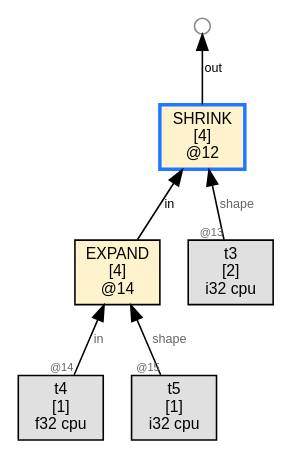
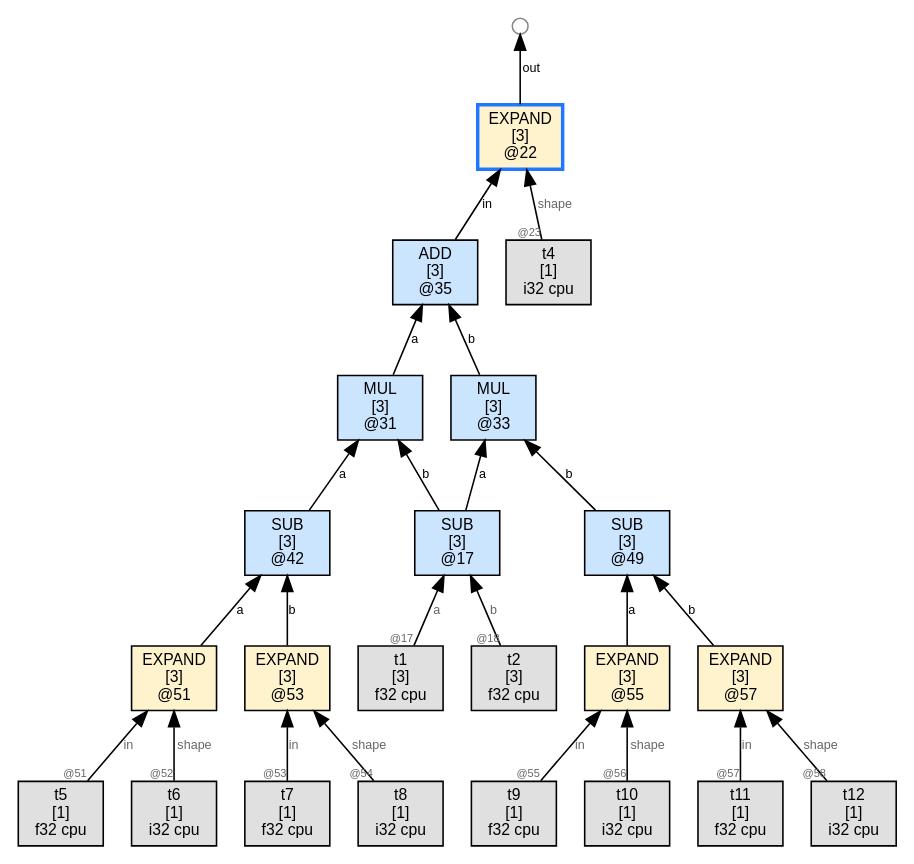
One commit to sw1sh/TinyHVM changed the diagram in wl/examples/thvm_graphs/grad_rules/gradu_poly/thvm_2_post_sweep.dot. Above: the diagram before and after it, drawn with Graphviz. The commit also changed 19 other files, not shown here.

First line of the commit message:
grad: EXPAND rule direct-emit — 105/105 e2e pass CPU+Metal

```diff
--- a/wl/examples/thvm_graphs/grad_rules/gradu_poly/thvm_2_post_sweep.dot
+++ b/wl/examples/thvm_graphs/grad_rules/gradu_poly/thvm_2_post_sweep.dot
@@ -1,17 +1,52 @@
 digraph G {
   rankdir=BT;
   node [fontname="Helvetica", fontsize=10, style=filled, shape=box, margin="0.1,0.05"];
   edge [fontsize=8, fontname="Helvetica"];
 
-  n12 [label="SHRINK\n[4]\n@12", shape=box, fillcolor="#fff3cd",color="#1f78ff",penwidth=2.2];
-  n14 -> n12 [label="in"];
-  t3 [label="t3\n[2]\ni32 cpu",shape=box,fillcolor="#e0e0e0"];
-  t3 -> n12 [label="shape",taillabel="@13",labelfontsize=7,fontcolor="#666666"];
-  free12_1000 [label="",shape=circle,width=0.14,height=0.14,fixedsize=true,fillcolor="#ffffff",color="#888888",fontsize=1];
-  n12 -> free12_1000 [label="out"];
-  n14 [label="EXPAND\n[4]\n@14", shape=box, fillcolor="#fff3cd"];
-  t4 [label="t4\n[1]\nf32 cpu",shape=box,fillcolor="#e0e0e0"];
-  t4 -> n14 [label="in",taillabel="@14",labelfontsize=7,fontcolor="#666666"];
-  t5 [label="t5\n[1]\ni32 cpu",shape=box,fillcolor="#e0e0e0"];
-  t5 -> n14 [label="shape",taillabel="@15",labelfontsize=7,fontcolor="#666666"];
+  n22 [label="EXPAND\n[3]\n@22", shape=box, fillcolor="#fff3cd",color="#1f78ff",penwidth=2.2];
+  n35 -> n22 [label="in"];
+  t4 [label="t4\n[1]\ni32 cpu",shape=box,fillcolor="#e0e0e0"];
+  t4 -> n22 [label="shape",taillabel="@23",labelfontsize=7,fontcolor="#666666"];
+  free22_1000 [label="",shape=circle,width=0.14,height=0.14,fixedsize=true,fillcolor="#ffffff",color="#888888",fontsize=1];
+  n22 -> free22_1000 [label="out"];
+  n35 [label="ADD\n[3]\n@35", shape=box, fillcolor="#cce5ff"];
+  n31 -> n35 [label="a"];
+  n33 -> n35 [label="b"];
+  n42 [label="SUB\n[3]\n@42", shape=box, fillcolor="#cce5ff"];
+  n51 -> n42 [label="a"];
+  n53 -> n42 [label="b"];
+  n17 [label="SUB\n[3]\n@17", shape=box, fillcolor="#cce5ff"];
+  t1 [label="t1\n[3]\nf32 cpu",shape=box,fillcolor="#e0e0e0"];
+  t1 -> n17 [label="a",taillabel="@17",labelfontsize=7,fontcolor="#666666"];
+  t2 [label="t2\n[3]\nf32 cpu",shape=box,fillcolor="#e0e0e0"];
+  t2 -> n17 [label="b",taillabel="@18",labelfontsize=7,fontcolor="#666666"];
+  n49 [label="SUB\n[3]\n@49", shape=box, fillcolor="#cce5ff"];
+  n55 -> n49 [label="a"];
+  n57 -> n49 [label="b"];
+  n31 [label="MUL\n[3]\n@31", shape=box, fillcolor="#cce5ff"];
+  n42 -> n31 [label="a"];
+  n17 -> n31 [label="b"];
+  n33 [label="MUL\n[3]\n@33", shape=box, fillcolor="#cce5ff"];
+  n17 -> n33 [label="a"];
+  n49 -> n33 [label="b"];
+  n51 [label="EXPAND\n[3]\n@51", shape=box, fillcolor="#fff3cd"];
+  t5 [label="t5\n[1]\nf32 cpu",shape=box,fillcolor="#e0e0e0"];
+  t5 -> n51 [label="in",taillabel="@51",labelfontsize=7,fontcolor="#666666"];
+  t6 [label="t6\n[1]\ni32 cpu",shape=box,fillcolor="#e0e0e0"];
+  t6 -> n51 [label="shape",taillabel="@52",labelfontsize=7,fontcolor="#666666"];
+  n53 [label="EXPAND\n[3]\n@53", shape=box, fillcolor="#fff3cd"];
+  t7 [label="t7\n[1]\nf32 cpu",shape=box,fillcolor="#e0e0e0"];
+  t7 -> n53 [label="in",taillabel="@53",labelfontsize=7,fontcolor="#666666"];
+  t8 [label="t8\n[1]\ni32 cpu",shape=box,fillcolor="#e0e0e0"];
+  t8 -> n53 [label="shape",taillabel="@54",labelfontsize=7,fontcolor="#666666"];
+  n55 [label="EXPAND\n[3]\n@55", shape=box, fillcolor="#fff3cd"];
+  t9 [label="t9\n[1]\nf32 cpu",shape=box,fillcolor="#e0e0e0"];
+  t9 -> n55 [label="in",taillabel="@55",labelfontsize=7,fontcolor="#666666"];
+  t10 [label="t10\n[1]\ni32 cpu",shape=box,fillcolor="#e0e0e0"];
+  t10 -> n55 [label="shape",taillabel="@56",labelfontsize=7,fontcolor="#666666"];
+  n57 [label="EXPAND\n[3]\n@57", shape=box, fillcolor="#fff3cd"];
+  t11 [label="t11\n[1]\nf32 cpu",shape=box,fillcolor="#e0e0e0"];
+  t11 -> n57 [label="in",taillabel="@57",labelfontsize=7,fontcolor="#666666"];
+  t12 [label="t12\n[1]\ni32 cpu",shape=box,fillcolor="#e0e0e0"];
+  t12 -> n57 [label="shape",taillabel="@58",labelfontsize=7,fontcolor="#666666"];
 }
```
